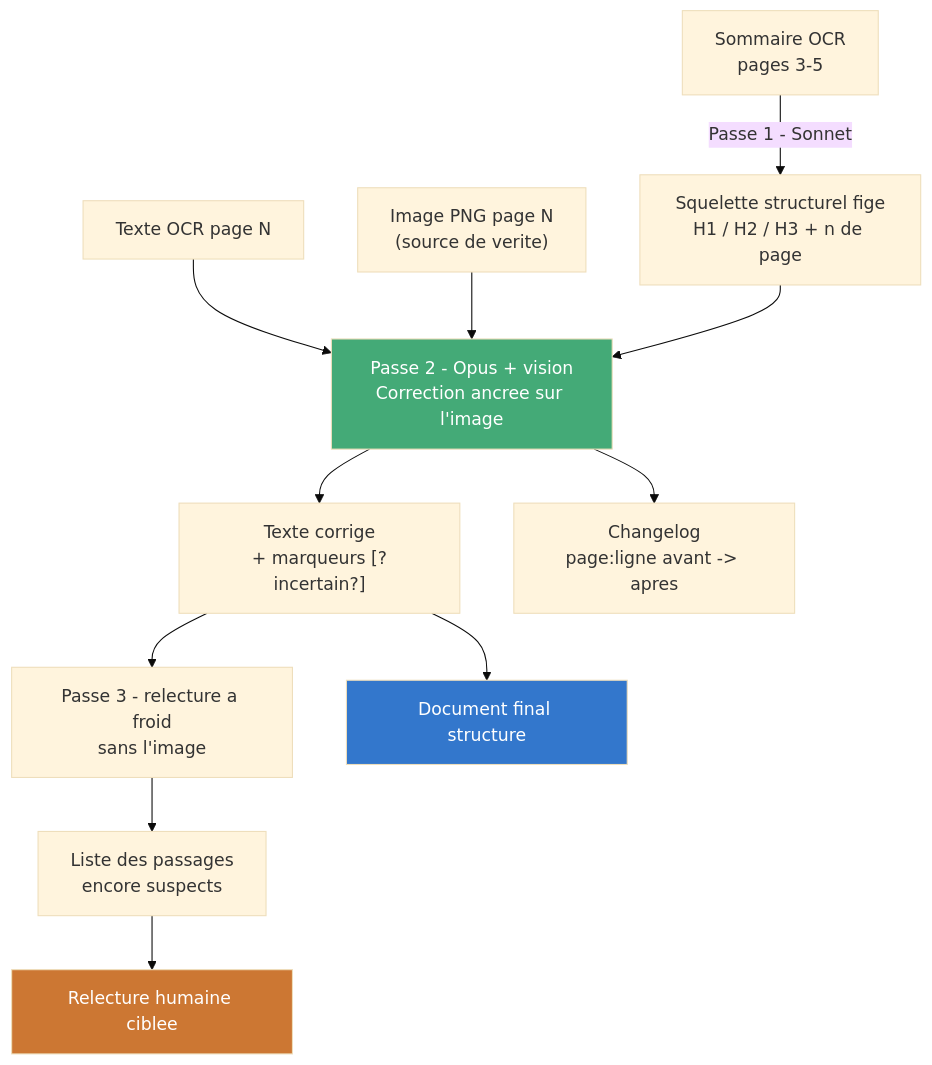
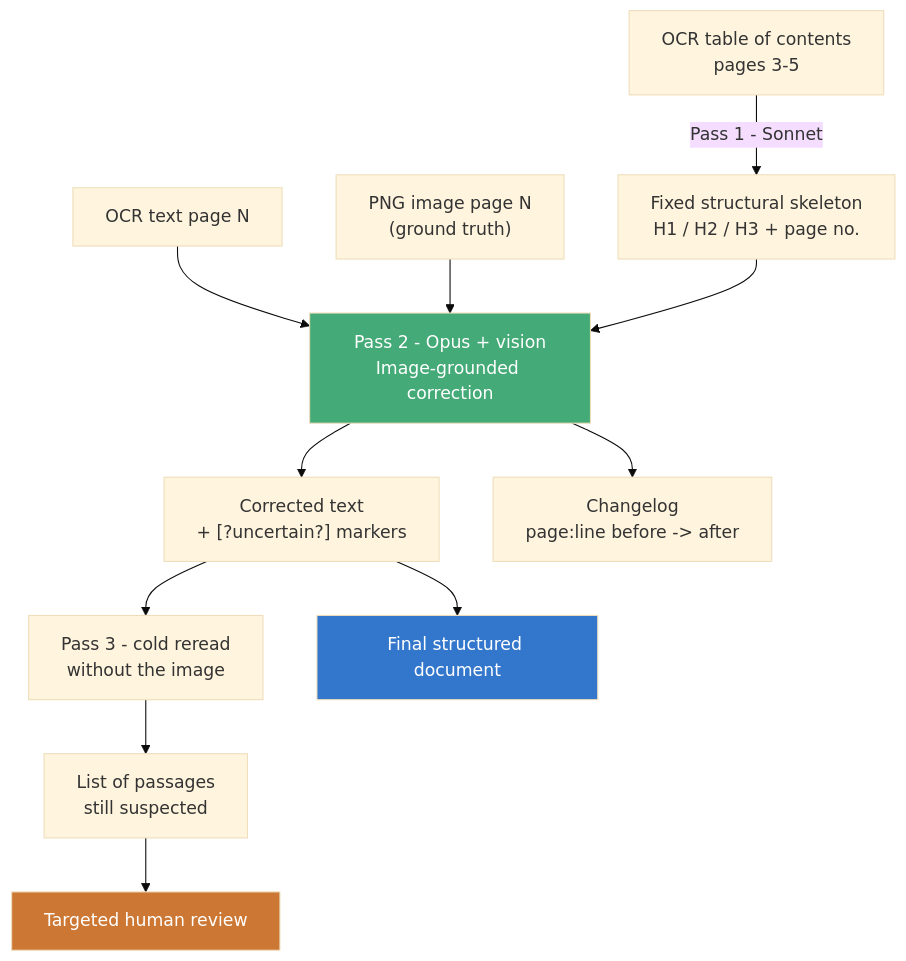
The diagram in ocr/post-ocr-ai-review-instructions.md (xplorer2716/OberheimXpanderKnowledgeBase), drawn with Mermaid (base theme) before and after one commit. The commit also changed other lines of this file, not shown here.

Commit message:
Translate OCR review instructions document from French to English

````diff
--- a/ocr/post-ocr-ai-review-instructions.md
+++ b/ocr/post-ocr-ai-review-instructions.md
@@ -26,21 +17,21 @@
 ```mermaid
 flowchart TD
-    TOC["Sommaire OCR<br/>pages 3-5"] -->|"Passe 1 - Sonnet"| SKEL["Squelette structurel fige<br/>H1 / H2 / H3 + n de page"]
+    TOC["OCR table of contents<br/>pages 3-5"] -->|"Pass 1 - Sonnet"| SKEL["Fixed structural skeleton<br/>H1 / H2 / H3 + page no."]
 
-    TXT["Texte OCR page N"] --> P2
-    IMG["Image PNG page N<br/>(source de verite)"] --> P2
-    SKEL --> P2["Passe 2 - Opus + vision<br/>Correction ancree sur l'image"]
+    TXT["OCR text page N"] --> P2
+    IMG["PNG image page N<br/>(ground truth)"] --> P2
+    SKEL --> P2["Pass 2 - Opus + vision<br/>Image-grounded correction"]
 
-    P2 --> OUT["Texte corrige<br/>+ marqueurs [?incertain?]"]
-    P2 --> LOG["Changelog<br/>page:ligne avant -> apres"]
+    P2 --> OUT["Corrected text<br/>+ [?uncertain?] markers"]
+    P2 --> LOG["Changelog<br/>page:line before -> after"]
 
-    OUT --> P3["Passe 3 - relecture a froid<br/>sans l'image"]
-    P3 --> FLAG["Liste des passages<br/>encore suspects"]
+    OUT --> P3["Pass 3 - cold reread<br/>without the image"]
+    P3 --> FLAG["List of passages<br/>still suspected"]
 
-    OUT --> DOC["Document final structure"]
-    FLAG --> HUM["Relecture humaine ciblee"]
+    OUT --> DOC["Final structured document"]
+    FLAG --> HUM["Targeted human review"]
 
     style P2 fill:#4a7,color:#fff
     style DOC fill:#37c,color:#fff
     style HUM fill:#c73,color:#fff
 ```
````
